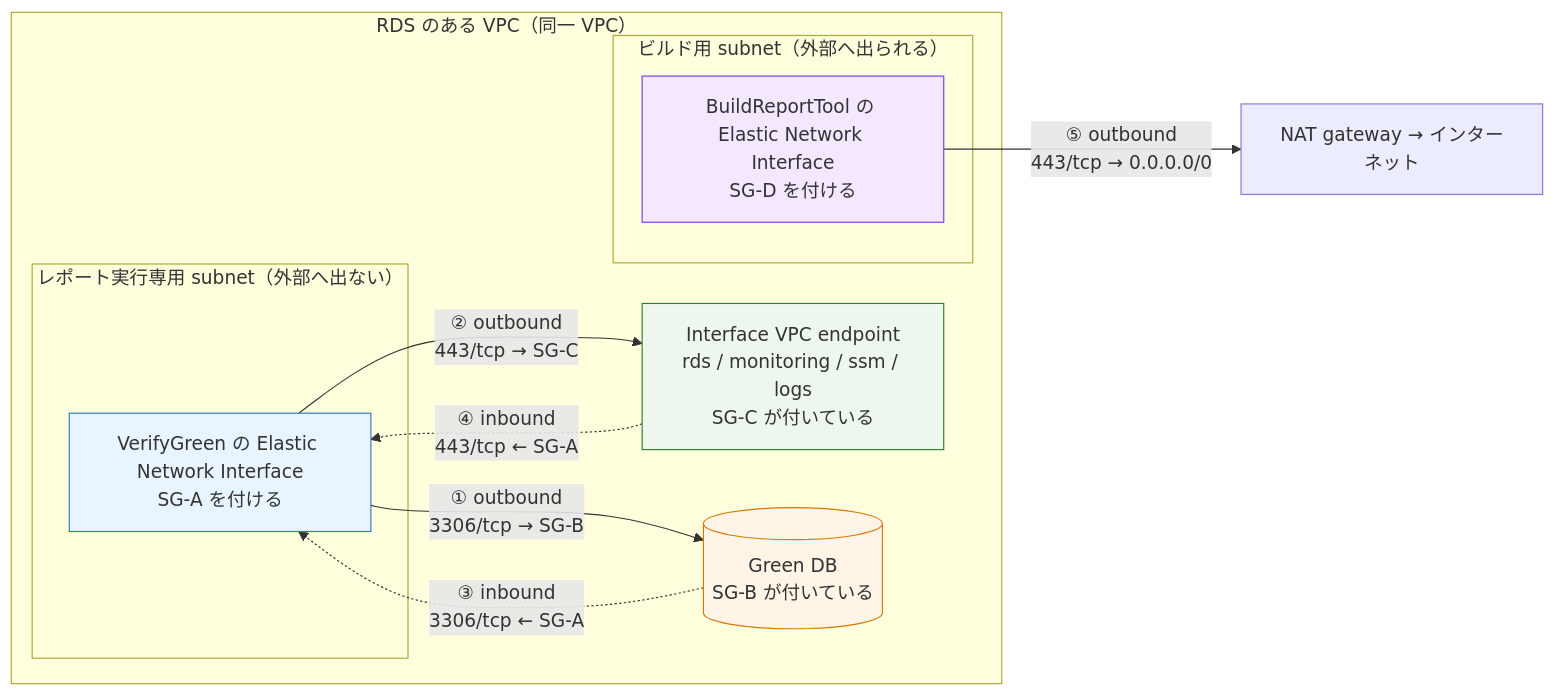
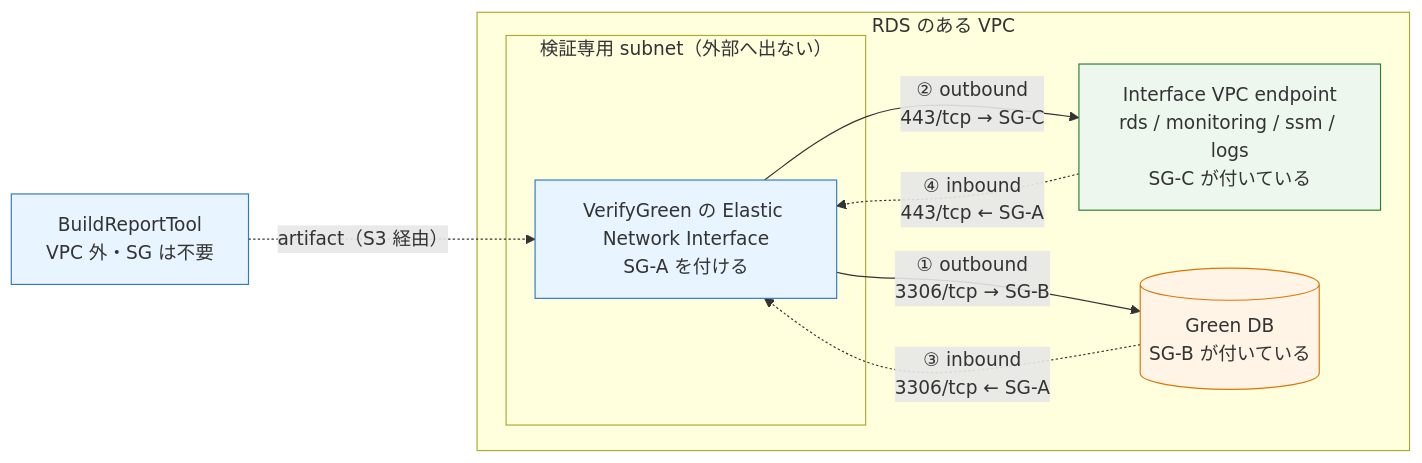
The first of 2 diagrams in docs/rds_mysql_upgrade/ci/verify-green-security-group-setup.md (rxsxkxd/pk), drawn with Mermaid before and after one commit. The commit also changed other lines of this file and 7 other files, not shown here.

````diff
--- a/docs/rds_mysql_upgrade/ci/verify-green-security-group-setup.md
+++ b/docs/rds_mysql_upgrade/ci/verify-green-security-group-setup.md
@@ -17,29 +17,27 @@
 ```mermaid
 flowchart LR
-    subgraph vpc["RDS のある VPC（同一 VPC）"]
-        subgraph bs["ビルド用 subnet（外部へ出られる）"]
-            BD["BuildReportTool の Elastic Network Interface<br/>SG-D を付ける"]
-        end
-        subgraph ps["レポート実行専用 subnet（外部へ出ない）"]
+    BD["BuildReportTool<br/>VPC 外・SG は不要"]
+
+    subgraph vpc["RDS のある VPC"]
+        subgraph ps["検証専用 subnet（外部へ出ない）"]
             CB["VerifyGreen の Elastic Network Interface<br/>SG-A を付ける"]
         end
         EP["Interface VPC endpoint<br/>rds / monitoring / ssm / logs<br/>SG-C が付いている"]
         DB[("Green DB<br/>SG-B が付いている")]
     end
-    NAT["NAT gateway → インターネット"]
 
-    BD -->|"⑤ outbound<br/>443/tcp → 0.0.0.0/0"| NAT
+    BD -.->|"artifact（S3 経由）"| CB
     CB -->|"① outbound<br/>3306/tcp → SG-B"| DB
     CB -->|"② outbound<br/>443/tcp → SG-C"| EP
     DB -.->|"③ inbound<br/>3306/tcp ← SG-A"| CB
     EP -.->|"④ inbound<br/>443/tcp ← SG-A"| CB
 
     classDef a fill:#e8f4ff,stroke:#3178c6
     classDef b fill:#fff4e6,stroke:#d97706
     classDef c fill:#eef7ee,stroke:#2e7d32
-    classDef d fill:#f3e8ff,stroke:#7c3aed
+    classDef d fill:#e8f4ff,stroke:#3178c6
     class CB a
     class DB b
     class EP c
     class BD d
 ```
````
